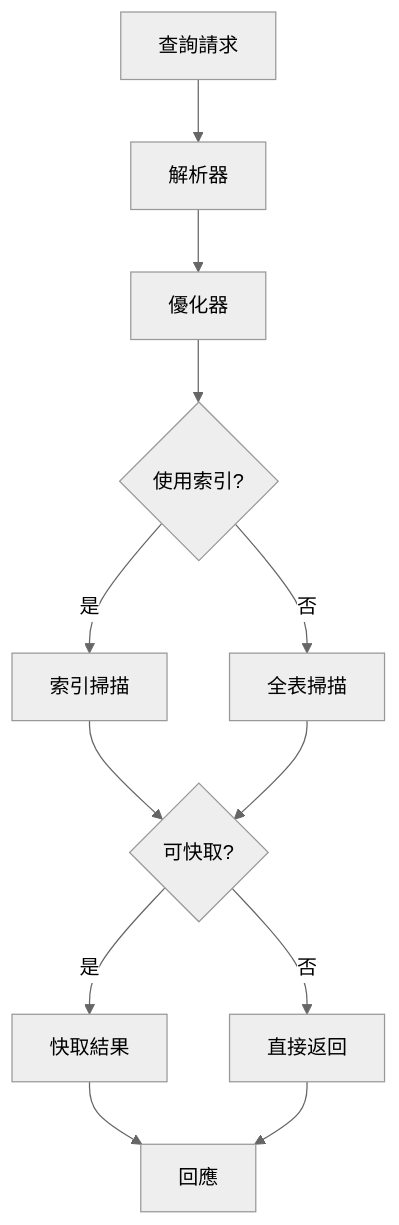
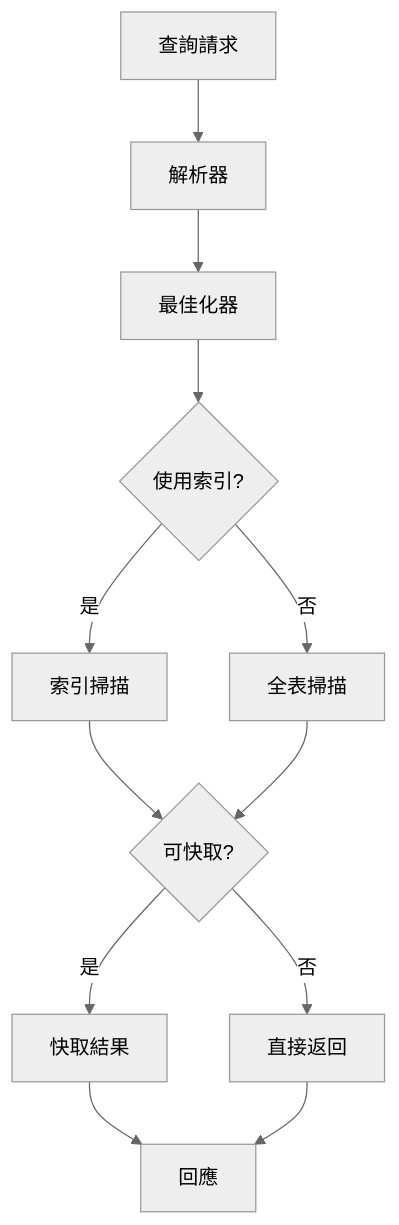
Before and after one commit to kehao-chen/fake-store-api: diagram 14 of 15 in docs/architecture/data-flow.md, drawn with Mermaid (neutral theme). The commit also changed other lines of this file and 6 other files, not shown here.

````diff
--- a/docs/architecture/data-flow.md
+++ b/docs/architecture/data-flow.md
@@ -442,18 +442,18 @@
 ```mermaid
 graph TB
     Query[查詢請求] --> Parser[解析器]
-    Parser --> Optimizer[優化器]
+    Parser --> Optimizer[最佳化器]
     
     Optimizer --> IndexCheck{使用索引?}
     IndexCheck -->|是| IndexScan[索引掃描]
     IndexCheck -->|否| FullScan[全表掃描]
     
     IndexScan --> Cache{可快取?}
     FullScan --> Cache
     
     Cache -->|是| CacheResult[快取結果]
     Cache -->|否| ReturnDirect[直接返回]
     
     CacheResult --> Response[回應]
     ReturnDirect --> Response
 ```
````
